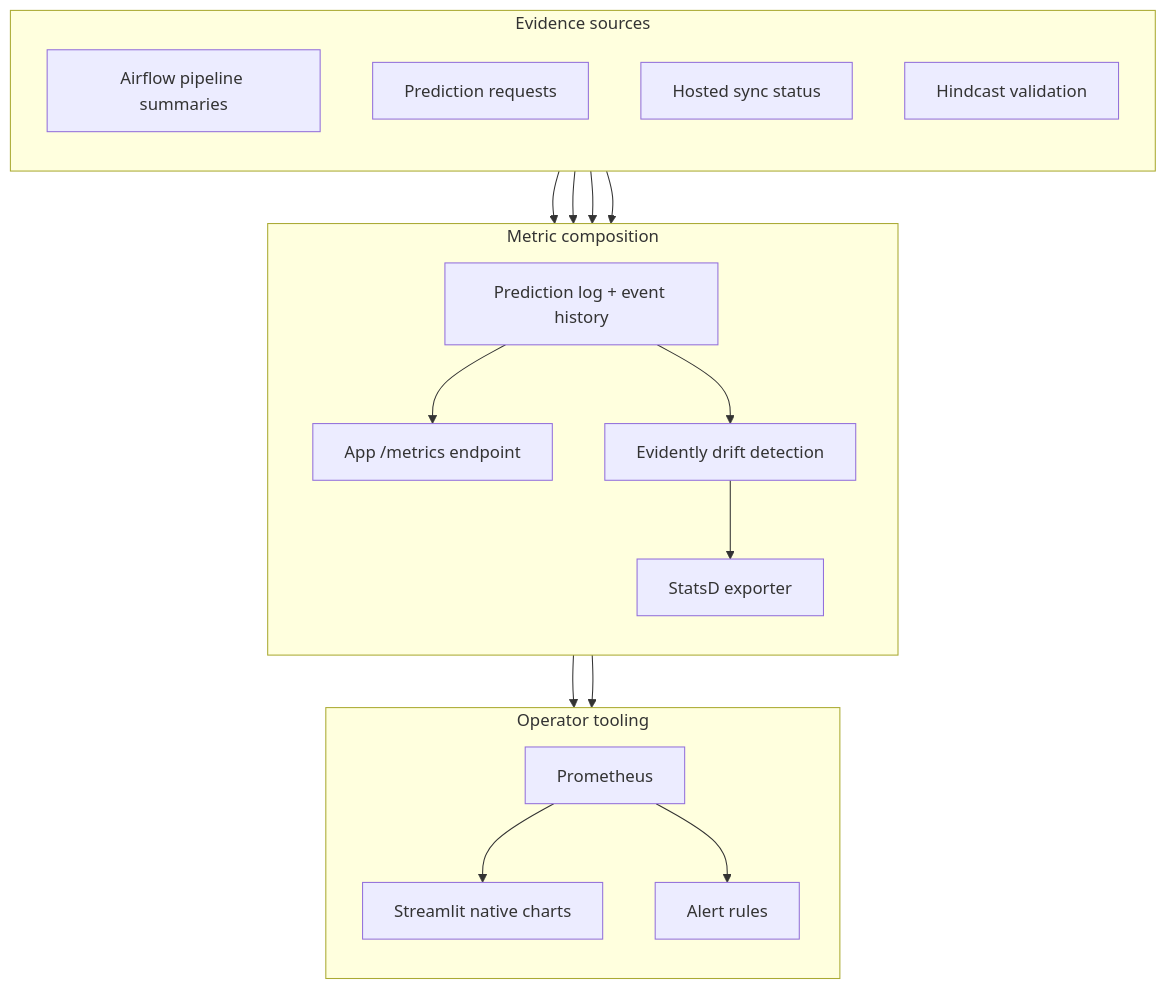
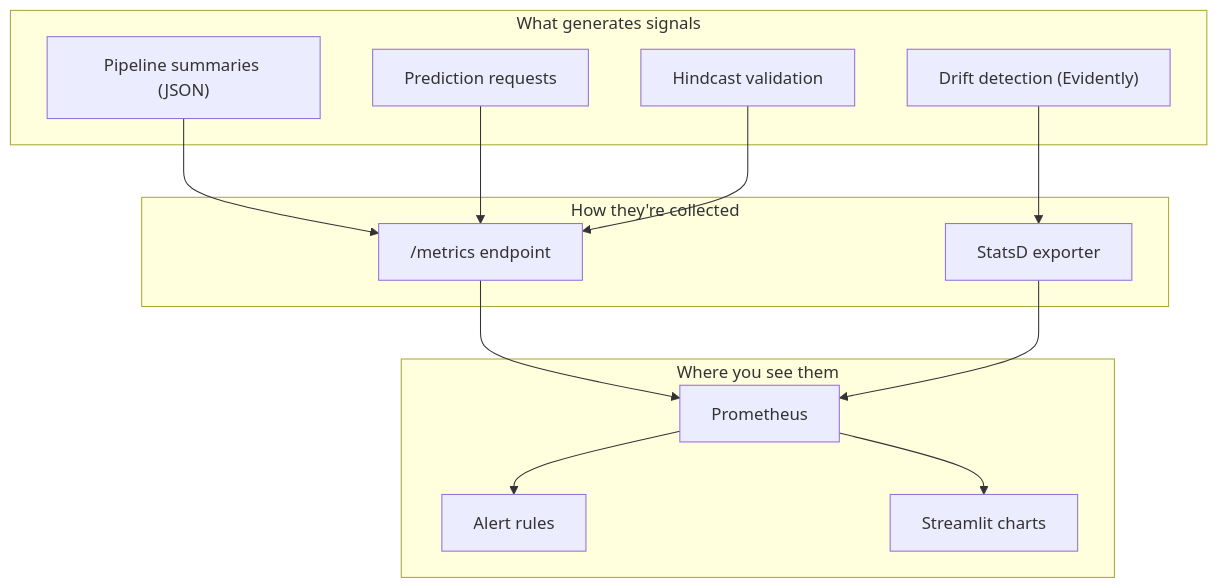
One commit to javihslu/foehncast changed the diagram in docs/site/system/monitoring.md. Above: the diagram before and after it, drawn with Mermaid. The commit also changed other lines of this file and 12 other files, not shown here.

```diff
--- a/docs/site/system/monitoring.md
+++ b/docs/site/system/monitoring.md
@@ -15,37 +7,29 @@
 <div class="mermaid">
 flowchart TD
-    subgraph Sources ["Evidence sources"]
-        direction TB
-        AIR["Airflow pipeline summaries"]
+    subgraph Sources ["What generates signals"]
+        AIR["Pipeline summaries (JSON)"]
         PRED["Prediction requests"]
-        SYNC["Hosted sync status"]
         HIND["Hindcast validation"]
+        DRIFT["Drift detection (Evidently)"]
     end
 
-    subgraph Processing ["Metric composition"]
-        direction TB
-        APP["App /metrics endpoint"]
-        LOG["Prediction log + event history"]
-        DRIFT["Evidently drift detection"]
+    subgraph Collection ["How they're collected"]
+        APP["/metrics endpoint"]
         STATSD["StatsD exporter"]
     end
 
-    subgraph Operator ["Operator tooling"]
-        direction TB
+    subgraph Display ["Where you see them"]
         PROM["Prometheus"]
         ALERT["Alert rules"]
-        UI["Streamlit native charts"]
+        UI["Streamlit charts"]
     end
 
     AIR --> APP
-    PRED --> LOG
-    SYNC --> APP
+    PRED --> APP
     HIND --> APP
-    LOG --> APP
-    LOG --> DRIFT
     DRIFT --> STATSD
     APP --> PROM
     STATSD --> PROM
     PROM --> UI
     PROM --> ALERT
 </div>
```
